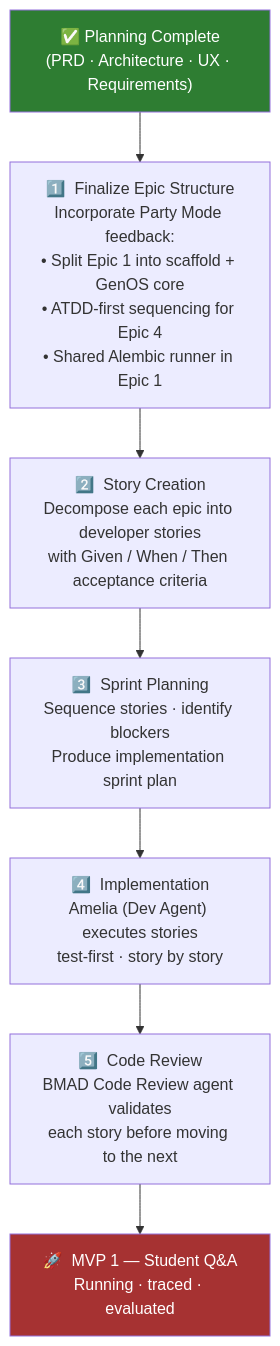
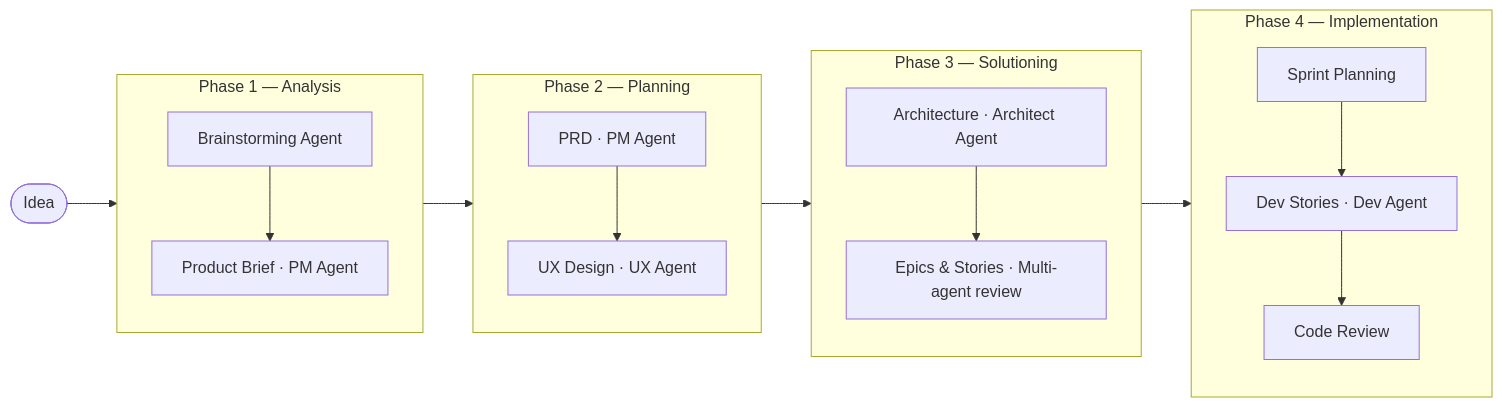
The third of 3 diagrams in README.md (rguthaa/ai-playground), drawn with Mermaid before and after one commit. The commit also changed other lines of this file, not shown here.

First line of the commit message:
docs: rewrite README with clear structure and catchy intro

````diff
--- a/README.md
+++ b/README.md
@@ -209,13 +178,35 @@
 ```mermaid
-flowchart TD
-    A["✅ Planning Complete\n(PRD · Architecture · UX · Requirements)"]
-    A --> B["1️⃣  Finalize Epic Structure\nIncorporate Party Mode feedback:\n• Split Epic 1 into scaffold + GenOS core\n• ATDD-first sequencing for Epic 4\n• Shared Alembic runner in Epic 1"]
-    B --> C["2️⃣  Story Creation\nDecompose each epic into developer stories\nwith Given / When / Then acceptance criteria"]
-    C --> D["3️⃣  Sprint Planning\nSequence stories · identify blockers\nProduce implementation sprint plan"]
-    D --> E["4️⃣  Implementation\nAmelia (Dev Agent) executes stories\ntest-first · story by story"]
-    E --> F["5️⃣  Code Review\nBMAD Code Review agent validates\neach story before moving to the next"]
-    F --> G["🚀  MVP 1 — Student Q&A\nRunning · traced · evaluated"]
+flowchart LR
+    A([Idea]) --> B
 
-    style A fill:#2e7d32,color:#fff
-    style G fill:#A63232,color:#fff
+    subgraph B["Phase 1 — Analysis"]
+        B1["Brainstorming Agent"]
+        B2["Product Brief · PM Agent"]
+        B1 --> B2
+    end
+
+    B --> C
+
+    subgraph C["Phase 2 — Planning"]
+        C1["PRD · PM Agent"]
+        C2["UX Design · UX Agent"]
+        C1 --> C2
+    end
+
+    C --> D
+
+    subgraph D["Phase 3 — Solutioning"]
+        D1["Architecture · Architect Agent"]
+        D2["Epics & Stories · Multi-agent review"]
+        D1 --> D2
+    end
+
+    D --> E
+
+    subgraph E["Phase 4 — Implementation"]
+        E1["Sprint Planning"]
+        E2["Dev Stories · Dev Agent"]
+        E3["Code Review"]
+        E1 --> E2 --> E3
+    end
 ```
````
